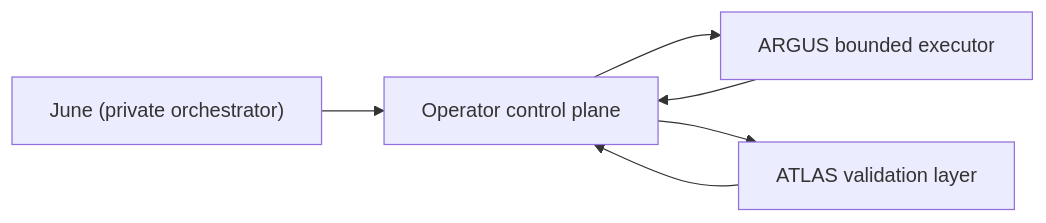
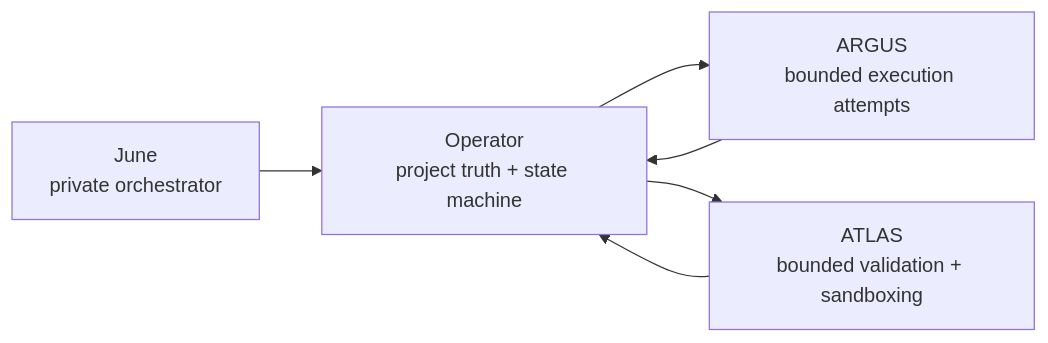
The diagram in README.md (Mickdownunder/operator-control-plane), drawn with Mermaid before and after one commit. The commit also changed other lines of this file, not shown here.

First line of the commit message:
docs(readme): turn operator into flagship readme

````diff
--- a/README.md
+++ b/README.md
@@ -62,8 +77,8 @@
 ```mermaid
 flowchart LR
-    June["June (private orchestrator)"] --> Operator["Operator control plane"]
-    Operator --> Argus["ARGUS bounded executor"]
-    Operator --> Atlas["ATLAS validation layer"]
+    June["June<br/>private orchestrator"] --> Operator["Operator<br/>project truth + state machine"]
+    Operator --> Argus["ARGUS<br/>bounded execution attempts"]
+    Operator --> Atlas["ATLAS<br/>bounded validation + sandboxing"]
     Argus --> Operator
     Atlas --> Operator
 ```
````
